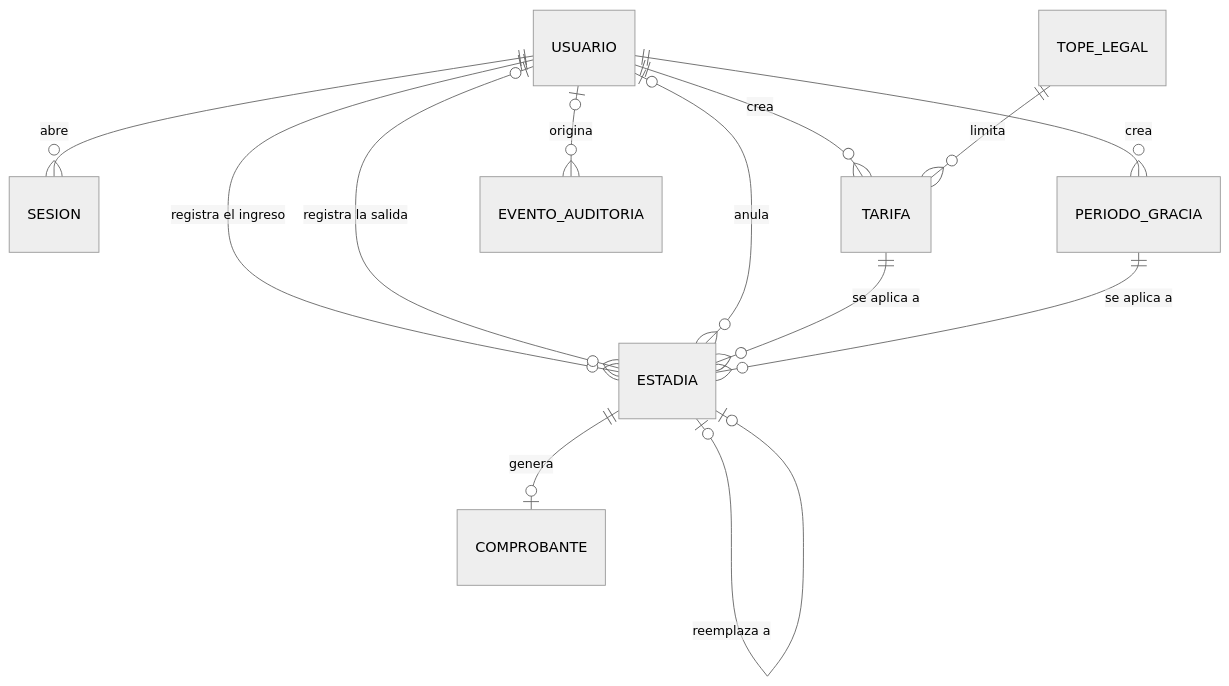
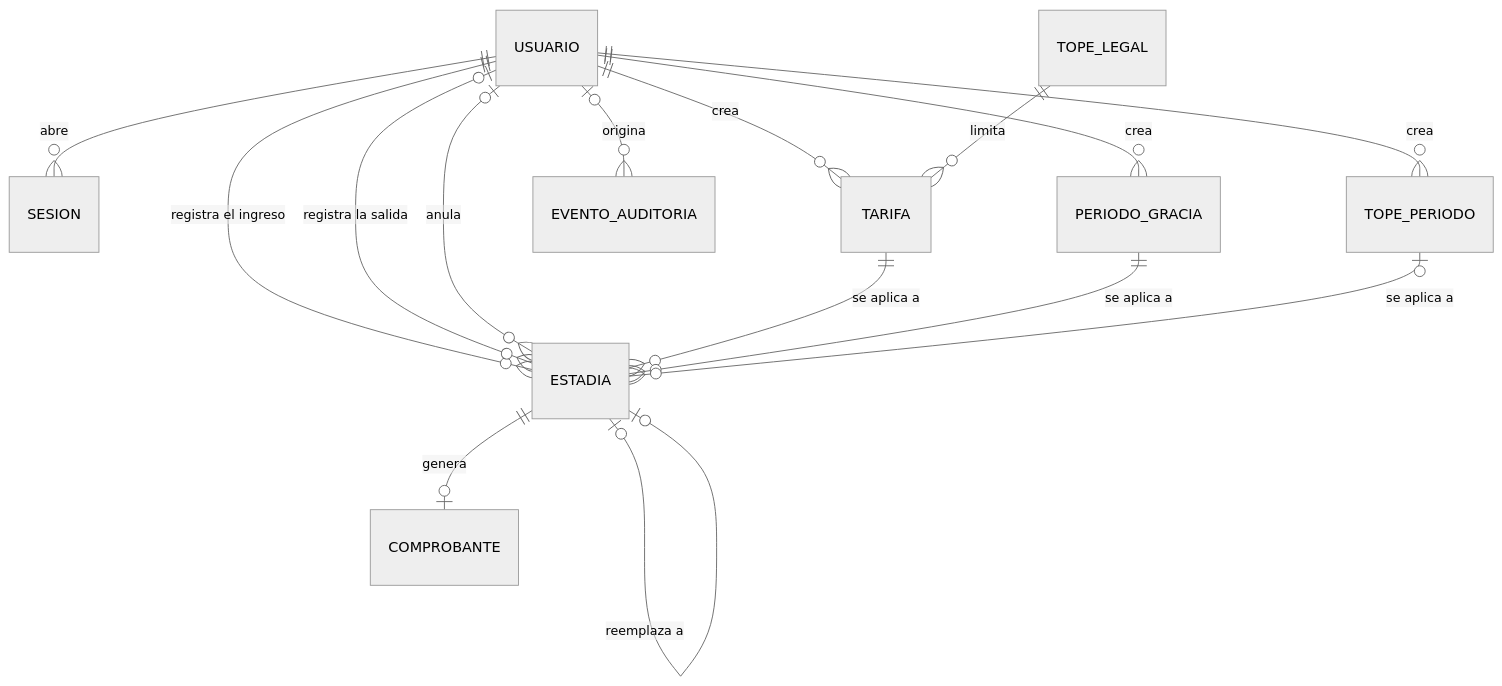
The first of 2 diagrams in docs/modelo-datos.md (wrafael91/parkapp), drawn with Mermaid (neutral theme) before and after one commit. The commit also changed other lines of this file and 11 other files, not shown here.

````diff
--- a/docs/modelo-datos.md
+++ b/docs/modelo-datos.md
@@ -34,15 +35,17 @@
 ```mermaid
 erDiagram
     USUARIO ||--o{ SESION : "abre"
     USUARIO ||--o{ ESTADIA : "registra el ingreso"
     USUARIO |o--o{ ESTADIA : "registra la salida"
     USUARIO |o--o{ ESTADIA : "anula"
     USUARIO ||--o{ TARIFA : "crea"
     USUARIO ||--o{ PERIODO_GRACIA : "crea"
+    USUARIO ||--o{ TOPE_PERIODO : "crea"
     USUARIO |o--o{ EVENTO_AUDITORIA : "origina"
     TOPE_LEGAL ||--o{ TARIFA : "limita"
     TARIFA ||--o{ ESTADIA : "se aplica a"
     PERIODO_GRACIA ||--o{ ESTADIA : "se aplica a"
+    TOPE_PERIODO |o--o{ ESTADIA : "se aplica a"
     ESTADIA ||--o| COMPROBANTE : "genera"
     ESTADIA |o--o| ESTADIA : "reemplaza a"
 ```
````
